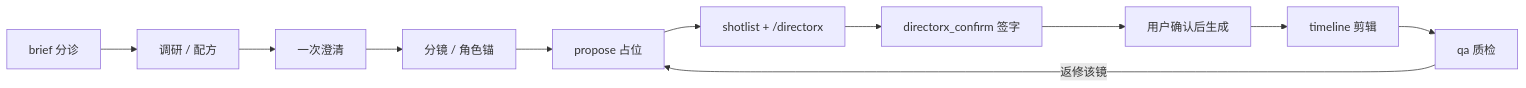
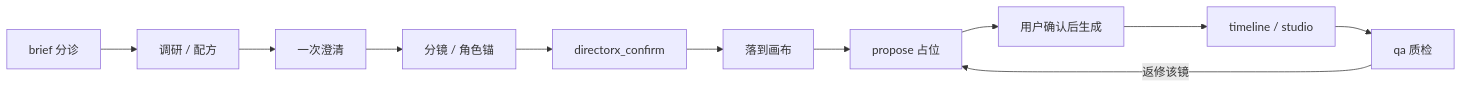
The diagram in README.md (LaplaceYoung/dsh-directorx), drawn with Mermaid before and after one commit. The commit also changed other lines of this file and 86 other files, not shown here.

````diff
--- a/README.md
+++ b/README.md
@@ -124,13 +153,13 @@
 ```mermaid
 flowchart LR
   A[brief 分诊] --> B[调研 / 配方]
   B --> C[一次澄清]
   C --> D[分镜 / 角色锚]
-  D --> E[propose 占位]
-  E --> F[shotlist + /directorx]
-  F --> G[directorx_confirm 签字]
+  D --> E[directorx_confirm]
+  E --> F[落到画布]
+  F --> G[propose 占位]
   G --> H[用户确认后生成]
-  H --> I[timeline 剪辑]
+  H --> I[timeline / studio]
   I --> J[qa 质检]
-  J -->|返修该镜| E
+  J -->|返修该镜| G
 ```
````
